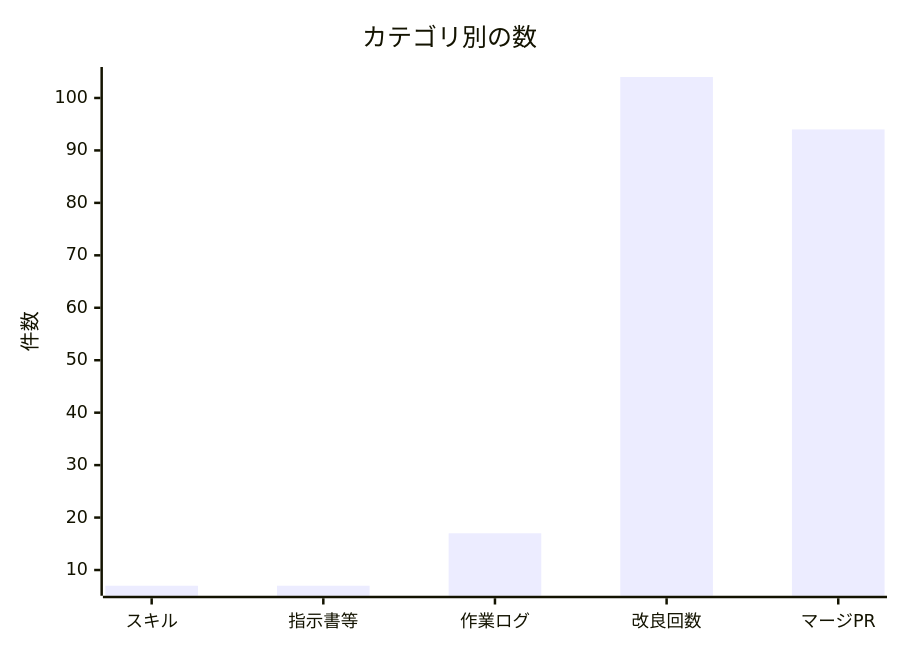
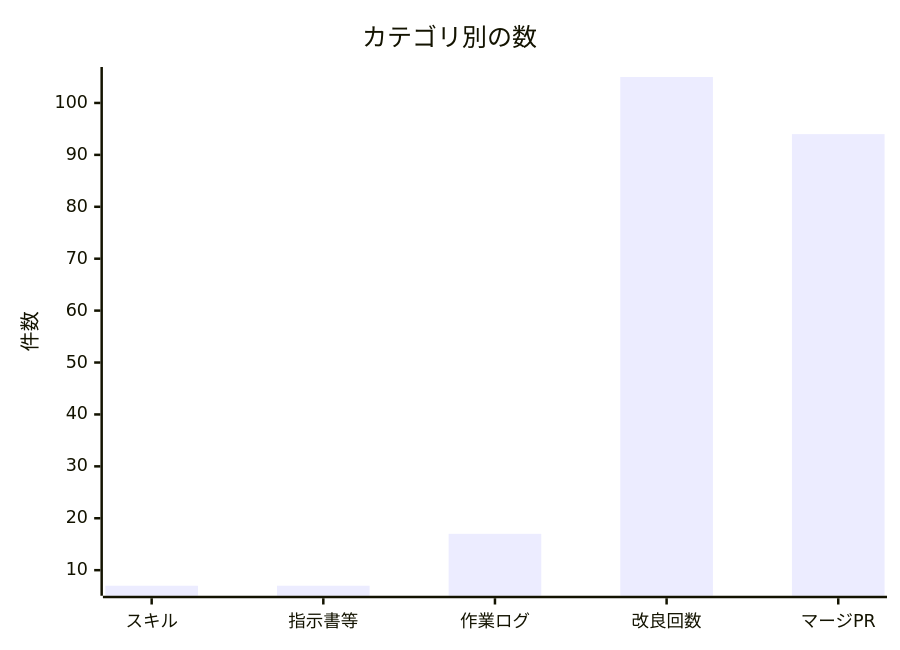
One commit to non-x2/non-x2 changed the second of 2 diagrams in docs/進化レポート.md. Above: the diagram before and after it, drawn with Mermaid. The commit also changed other lines of this file and 5 other files, not shown here.

````diff
--- a/docs/進化レポート.md
+++ b/docs/進化レポート.md
@@ -33,7 +33,7 @@
 ```mermaid
 xychart-beta
     title "カテゴリ別の数"
     x-axis ["スキル", "指示書等", "作業ログ", "改良回数", "マージPR"]
     y-axis "件数"
-    bar [7, 7, 17, 104, 94]
+    bar [7, 7, 17, 105, 94]
 ```
````
